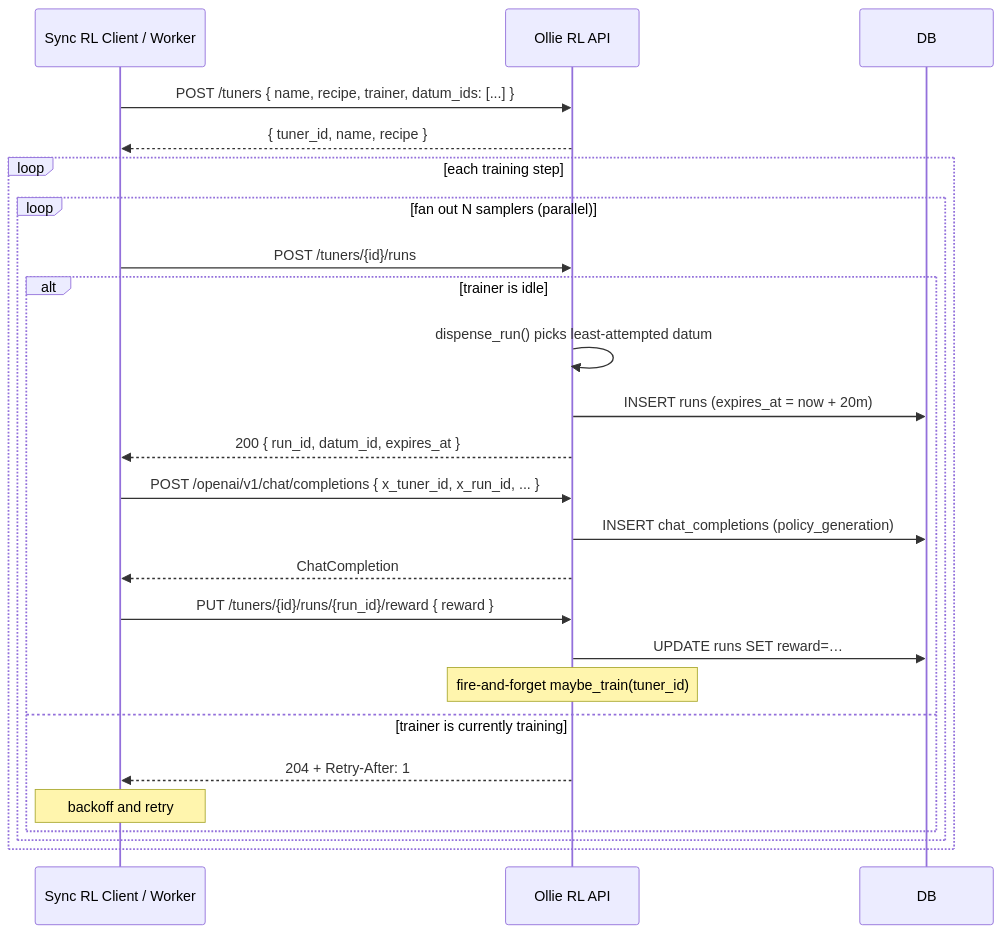
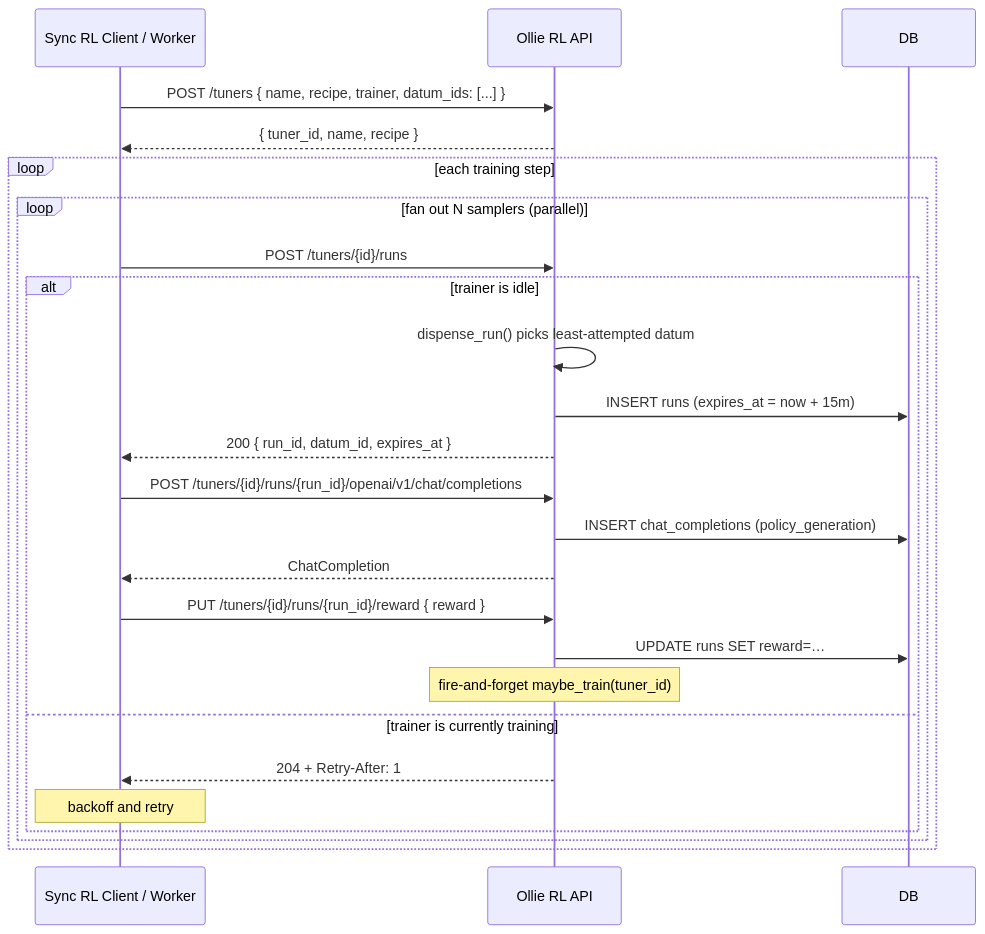
One commit to wsxiaoys/ollie-rl changed the first of 2 diagrams in .agents/skills/dev/references/sync-rl.md. Above: the diagram before and after it, drawn with Mermaid. The commit also changed other lines of this file and 8 other files, not shown here.

Commit message:
fix: update API endpoints to use path-addressed structure for run assignments and completions

````diff
--- a/.agents/skills/dev/references/sync-rl.md
+++ b/.agents/skills/dev/references/sync-rl.md
@@ -8,29 +8,29 @@
 ```mermaid
 sequenceDiagram
     participant C as Sync RL Client / Worker
     participant API as Ollie RL API
     participant DB as DB
 
     C->>API: POST /tuners { name, recipe, trainer, datum_ids: [...] }
     API-->>C: { tuner_id, name, recipe }
 
     loop each training step
         loop fan out N samplers (parallel)
             C->>API: POST /tuners/{id}/runs
             alt trainer is idle
                 API->>API: dispense_run() picks least-attempted datum
-                API->>DB: INSERT runs (expires_at = now + 20m)
+                API->>DB: INSERT runs (expires_at = now + 15m)
                 API-->>C: 200 { run_id, datum_id, expires_at }
-                C->>API: POST /openai/v1/chat/completions { x_tuner_id, x_run_id, ... }
+                C->>API: POST /tuners/{id}/runs/{run_id}/openai/v1/chat/completions
                 API->>DB: INSERT chat_completions (policy_generation)
                 API-->>C: ChatCompletion
                 C->>API: PUT /tuners/{id}/runs/{run_id}/reward { reward }
                 API->>DB: UPDATE runs SET reward=…
                 Note over API: fire-and-forget maybe_train(tuner_id)
             else trainer is currently training
                 API-->>C: 204 + Retry-After: 1
                 Note over C: backoff and retry
             end
         end
     end
 ```
````
